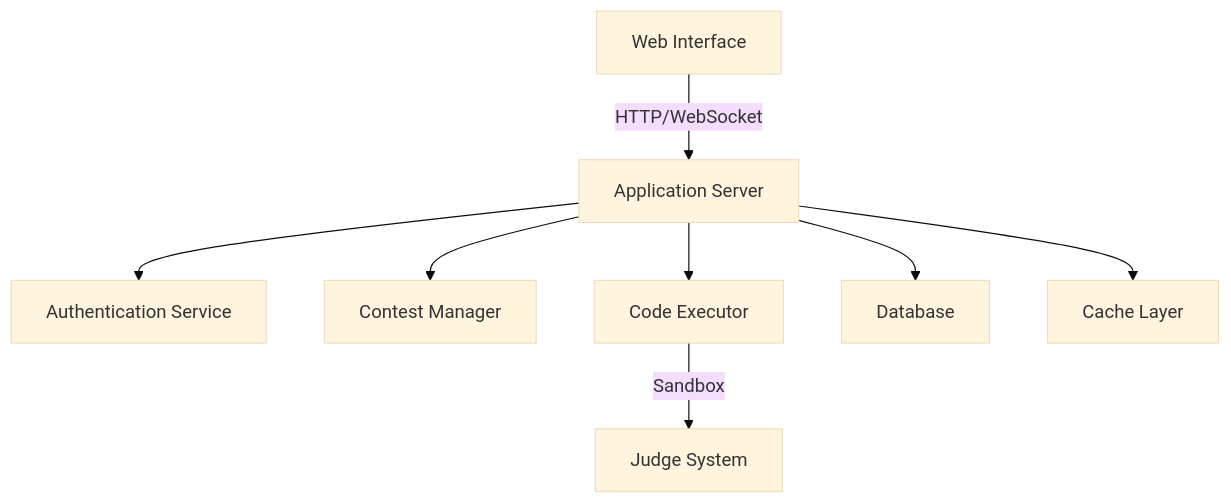
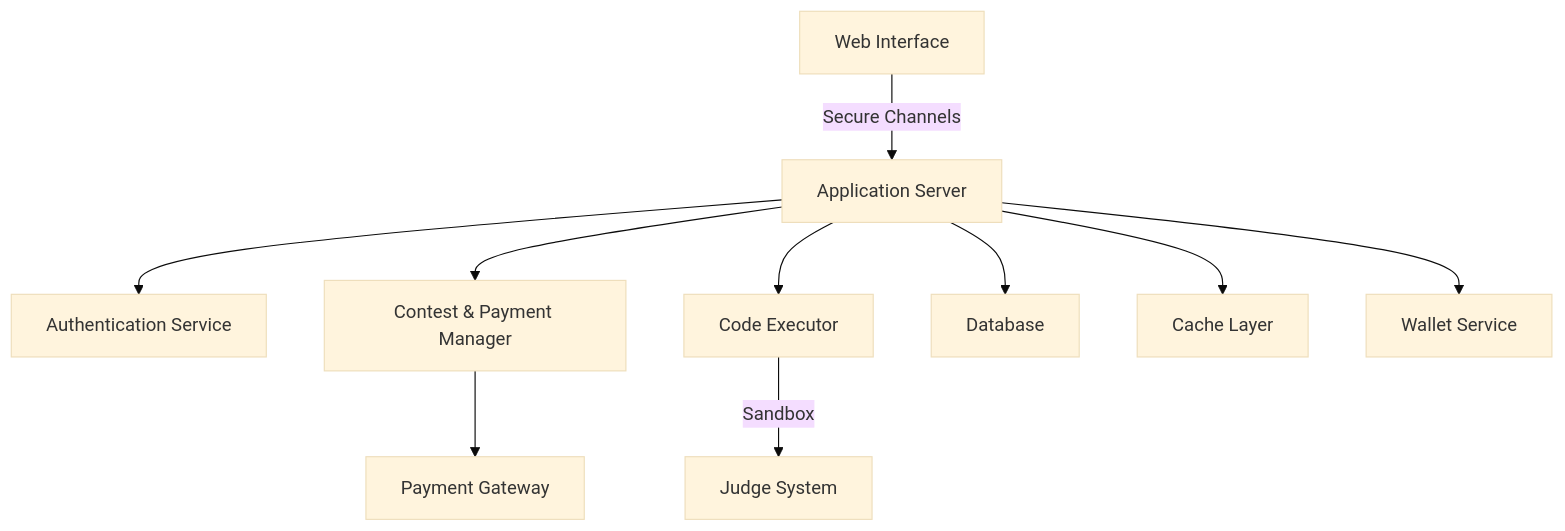
Before and after one commit to IIITLucknowSWEngg/CSITTeam016: the second of 2 diagrams in project.md, drawn with Mermaid (base theme). The commit also changed other lines of this file, not shown here.

````diff
--- a/project.md
+++ b/project.md
@@ -114,10 +131,12 @@
 ```mermaid
 graph TD
-    A[Web Interface] -->|HTTP/WebSocket| B[Application Server]
+    A[Web Interface] -->|Secure Channels| B[Application Server]
     B --> C[Authentication Service]
-    B --> D[Contest Manager]
+    B --> D[Contest & Payment Manager]
+    D --> I[Payment Gateway]
     B --> E[Code Executor]
     E -->|Sandbox| F[Judge System]
     B --> G[Database]
     B --> H[Cache Layer]
+    B --> J[Wallet Service]
 ```
````
